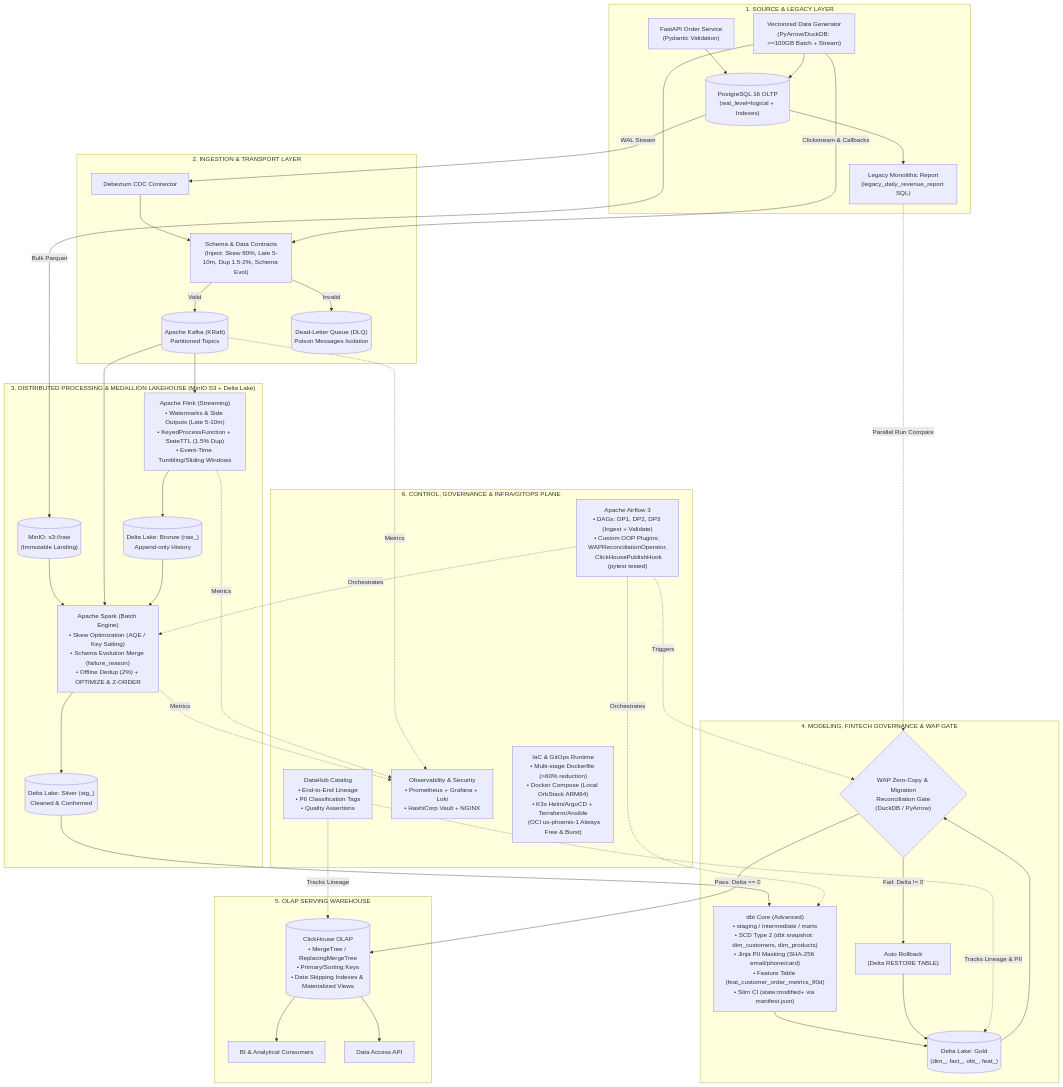
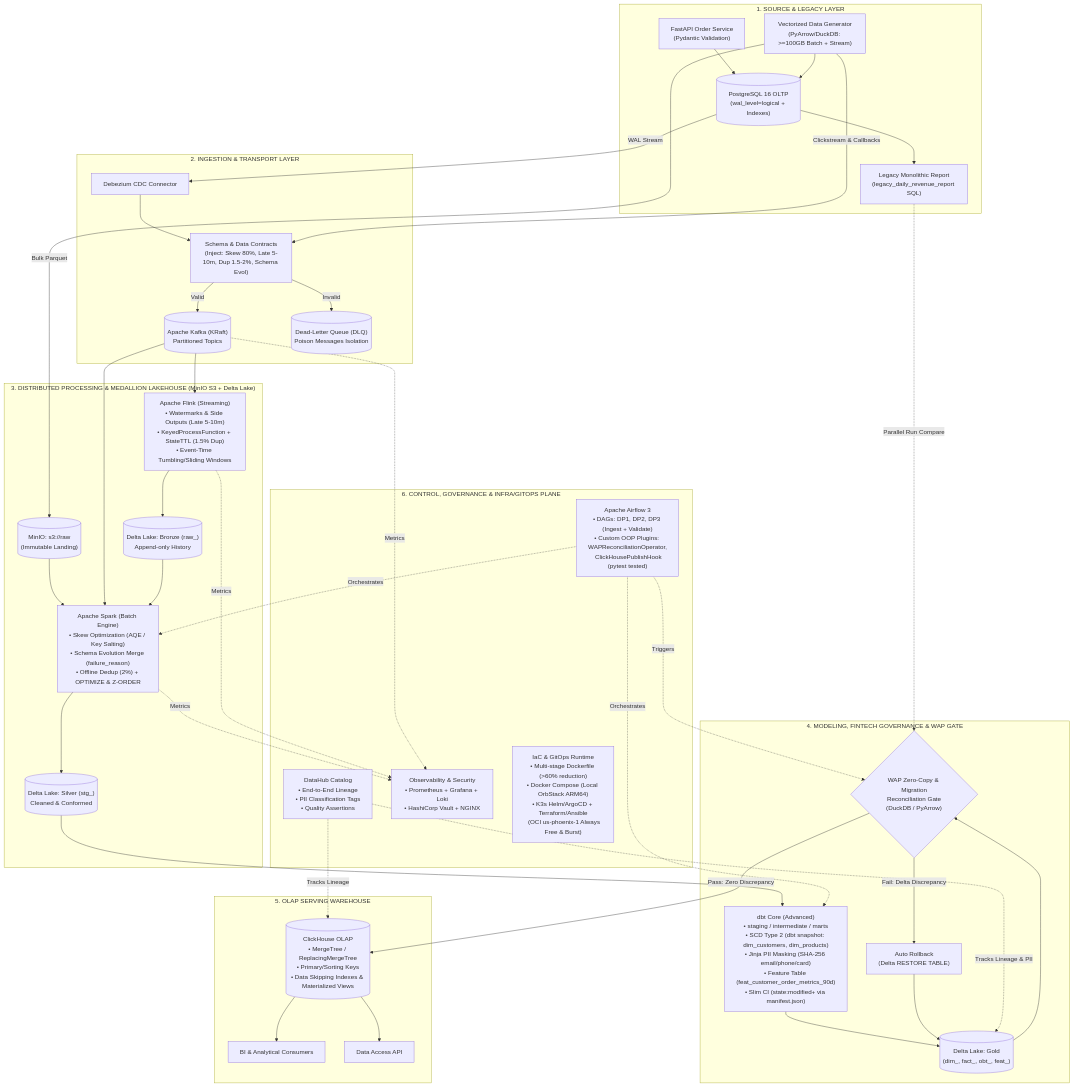
One commit to ankinguyen-engineer-2002/EnterpriseBigDataPlatform changed the diagram in docs/architecture/PROJECT_SOLUTION.md. Above: the diagram before and after it, drawn with Mermaid. The commit also changed 1 other file, not shown here.

Commit message:
fix(docs): remove operator symbols from Mermaid labels to satisfy GitHub renderer

````diff
--- a/docs/architecture/PROJECT_SOLUTION.md
+++ b/docs/architecture/PROJECT_SOLUTION.md
@@ -64,73 +64,73 @@
 ```mermaid
 flowchart TB
     subgraph L1["1. SOURCE & LEGACY LAYER"]
         FASTAPI["FastAPI Order Service\n(Pydantic Validation)"]
         DATAGEN["Vectorized Data Generator\n(PyArrow/DuckDB: >=100GB Batch + Stream)"]
         PG[("PostgreSQL 16 OLTP\n(wal_level=logical + Indexes)")]
         LEGACY["Legacy Monolithic Report\n(legacy_daily_revenue_report SQL)"]
         FASTAPI --> PG
         DATAGEN --> PG
         PG --> LEGACY
     end
 
     subgraph L2["2. INGESTION & TRANSPORT LAYER"]
         CDC["Debezium CDC Connector"]
         CONTRACT["Schema & Data Contracts\n(Inject: Skew 80%, Late 5-10m, Dup 1.5-2%, Schema Evol)"]
         KAFKA[("Apache Kafka (KRaft)\nPartitioned Topics")]
         DLQ[("Dead-Letter Queue (DLQ)\nPoison Messages Isolation")]
         PG -->|WAL Stream| CDC --> CONTRACT
         DATAGEN -->|Clickstream & Callbacks| CONTRACT
         CONTRACT -->|Valid| KAFKA
         CONTRACT -->|Invalid| DLQ
     end
 
     subgraph L3["3. DISTRIBUTED PROCESSING & MEDALLION LAKEHOUSE (MinIO S3 + Delta Lake)"]
         RAW[("MinIO: s3://raw\n(Immutable Landing)")]
         FLINK["Apache Flink (Streaming)\n• Watermarks & Side Outputs (Late 5-10m)\n• KeyedProcessFunction + StateTTL (1.5% Dup)\n• Event-Time Tumbling/Sliding Windows"]
         BRONZE[("Delta Lake: Bronze (raw_)\nAppend-only History")]
         SPARK["Apache Spark (Batch Engine)\n• Skew Optimization (AQE / Key Salting)\n• Schema Evolution Merge (failure_reason)\n• Offline Dedup (2%) + OPTIMIZE & Z-ORDER"]
         SILVER[("Delta Lake: Silver (stg_)\nCleaned & Conformed")]
 
         DATAGEN -->|Bulk Parquet| RAW --> SPARK
         KAFKA --> FLINK --> BRONZE
         KAFKA --> SPARK
         BRONZE --> SPARK --> SILVER
     end
 
     subgraph L4["4. MODELING, FINTECH GOVERNANCE & WAP GATE"]
         DBT["dbt Core (Advanced)\n• staging / intermediate / marts\n• SCD Type 2 (dbt snapshot: dim_customers, dim_products)\n• Jinja PII Masking (SHA-256 email/phone/card)\n• Feature Table (feat_customer_order_metrics_90d)\n• Slim CI (state:modified+ via manifest.json)"]
         GOLD[("Delta Lake: Gold\n(dim_, fact_, obt_, feat_)")]
         WAP{"WAP Zero-Copy & Migration\nReconciliation Gate\n(DuckDB / PyArrow)"}
         ROLLBACK["Auto Rollback\n(Delta RESTORE TABLE)"]
 
         SILVER --> DBT --> GOLD
         GOLD --> WAP
         LEGACY -.->|Parallel Run Compare| WAP
-        WAP -->|Fail: Delta != 0| ROLLBACK --> GOLD
+        WAP -->|Fail: Delta Discrepancy| ROLLBACK --> GOLD
     end
 
     subgraph L5["5. OLAP SERVING WAREHOUSE"]
         CH[("ClickHouse OLAP\n• MergeTree / ReplacingMergeTree\n• Primary/Sorting Keys\n• Data Skipping Indexes & Materialized Views")]
         BI["BI & Analytical Consumers"]
         DATAAPI["Data Access API"]
-        WAP -->|Pass: Delta == 0| CH
+        WAP -->|Pass: Zero Discrepancy| CH
         CH --> BI
         CH --> DATAAPI
     end
 
     subgraph L6["6. CONTROL, GOVERNANCE & INFRA/GITOPS PLANE"]
         AIRFLOW["Apache Airflow 3\n• DAGs: DP1, DP2, DP3 (Ingest + Validate)\n• Custom OOP Plugins: WAPReconciliationOperator,\n  ClickHousePublishHook (pytest tested)"]
         DATAHUB["DataHub Catalog\n• End-to-End Lineage\n• PII Classification Tags\n• Quality Assertions"]
         OBS["Observability & Security\n• Prometheus + Grafana + Loki\n• HashiCorp Vault + NGINX"]
         INFRA["IaC & GitOps Runtime\n• Multi-stage Dockerfile (>60% reduction)\n• Docker Compose (Local OrbStack ARM64)\n• K3s Helm/ArgoCD + Terraform/Ansible\n  (OCI us-phoenix-1 Always Free & Burst)"]
     end
 
     AIRFLOW -.->|Orchestrates| SPARK
     AIRFLOW -.->|Orchestrates| DBT
     AIRFLOW -.->|Triggers| WAP
     DATAHUB -.->|Tracks Lineage & PII| GOLD
     DATAHUB -.->|Tracks Lineage| CH
     KAFKA -.->|Metrics| OBS
     SPARK -.->|Metrics| OBS
     FLINK -.->|Metrics| OBS
 ```
````
